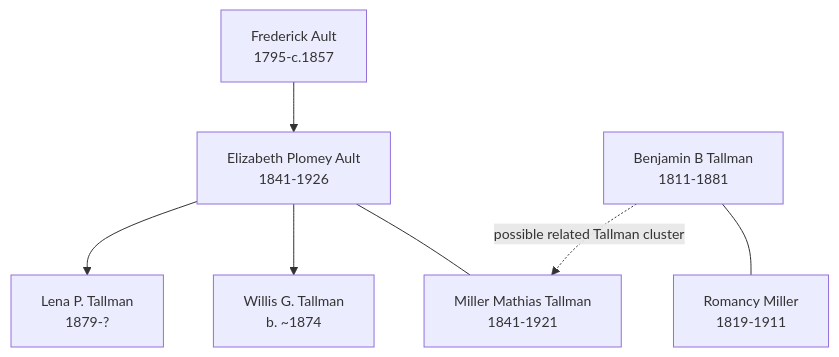
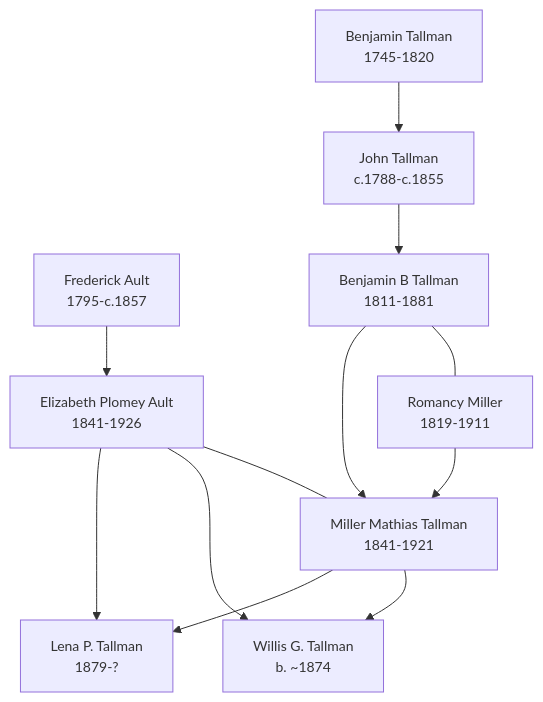
Before and after one commit to zcopley/thorpe-family-research: the diagram in Topics/Ault Tallman Branch Summary.md, drawn with Mermaid. The commit also changed other lines of this file and 13 other files, not shown here.

````diff
--- a/Topics/Ault Tallman Branch Summary.md
+++ b/Topics/Ault Tallman Branch Summary.md
@@ -16,18 +16,25 @@
 ```mermaid
 %%{init: {'flowchart': {'htmlLabels': true}, 'theme': 'default', 'themeVariables': {'primaryTextColor': '#000000', 'primaryBorderColor': '#333333', 'lineColor': '#333333', 'fontSize': '14px'}}}%%
 graph TD
   FA["Frederick Ault<br/>1795-c.1857"]
   EPA["Elizabeth Plomey Ault<br/>1841-1926"]
   MMT["Miller Mathias Tallman<br/>1841-1921"]
+  B1745["Benjamin Tallman<br/>1745-1820"]
+  JT["John Tallman<br/>c.1788-c.1855"]
   BT["Benjamin B Tallman<br/>1811-1881"]
   RM["Romancy Miller<br/>1819-1911"]
   WG["Willis G. Tallman<br/>b. ~1874"]
   LT["Lena P. Tallman<br/>1879-?"]
 
   FA --> EPA
   EPA --- MMT
+  MMT --> WG
+  MMT --> LT
   EPA --> WG
   EPA --> LT
+  B1745 --> JT
+  JT --> BT
   BT --- RM
-  BT -. "possible related Tallman cluster" .-> MMT
+  BT --> MMT
+  RM --> MMT
 ```
````
